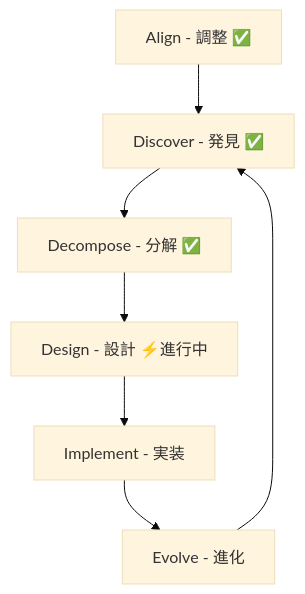
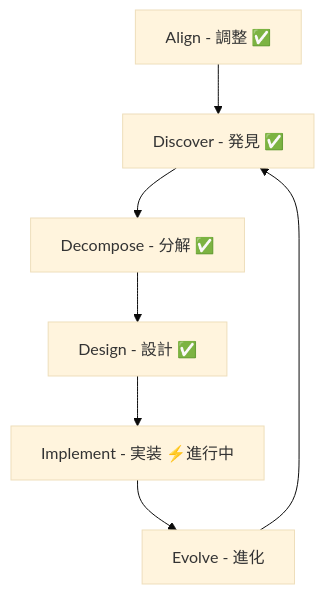
The diagram in docs/ddd/README.md (watarui/effect), drawn with Mermaid (base theme) before and after one commit. The commit also changed other lines of this file and 6 other files, not shown here.

````diff
--- a/docs/ddd/README.md
+++ b/docs/ddd/README.md
@@ -77,9 +77,9 @@
 ```mermaid
 graph TD
     A[Align - 調整 ✅] --> B[Discover - 発見 ✅]
     B --> C[Decompose - 分解 ✅]
-    C --> D[Design - 設計 ⚡進行中]
-    D --> E[Implement - 実装]
+    C --> D[Design - 設計 ✅]
+    D --> E[Implement - 実装 ⚡進行中]
     E --> F[Evolve - 進化]
     F --> B
 ```
````
